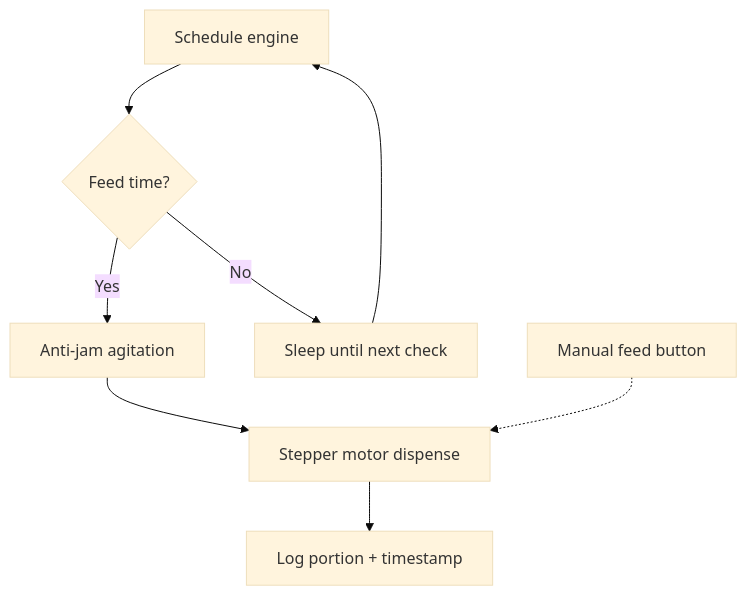
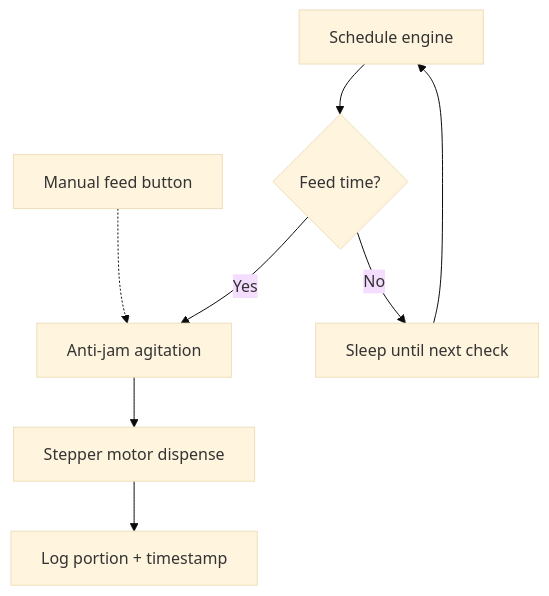
Before and after one commit to Minimalistic/marsh.city: the diagram in src/content/projects/petfeedr.md, drawn with Mermaid (base theme).

Commit message:
fix: restore accurate manual feed path through anti-jam in flowchart
Accuracy over aesthetics - manual feed goes through anti-jam agitation
in the actual code, diagram should reflect that even with the minor
line crossing.

````diff
--- a/src/content/projects/petfeedr.md
+++ b/src/content/projects/petfeedr.md
@@ -38,10 +38,10 @@
 ```mermaid
 flowchart TD
+  G[Manual feed button] -.-> C
   A[Schedule engine] --> B{Feed time?}
   B -->|Yes| C[Anti-jam agitation]
   B -->|No| F[Sleep until next check]
   F --> A
-  G[Manual feed button] -.-> D
   C --> D[Stepper motor dispense]
   D --> E[Log portion + timestamp]
 ```
````
